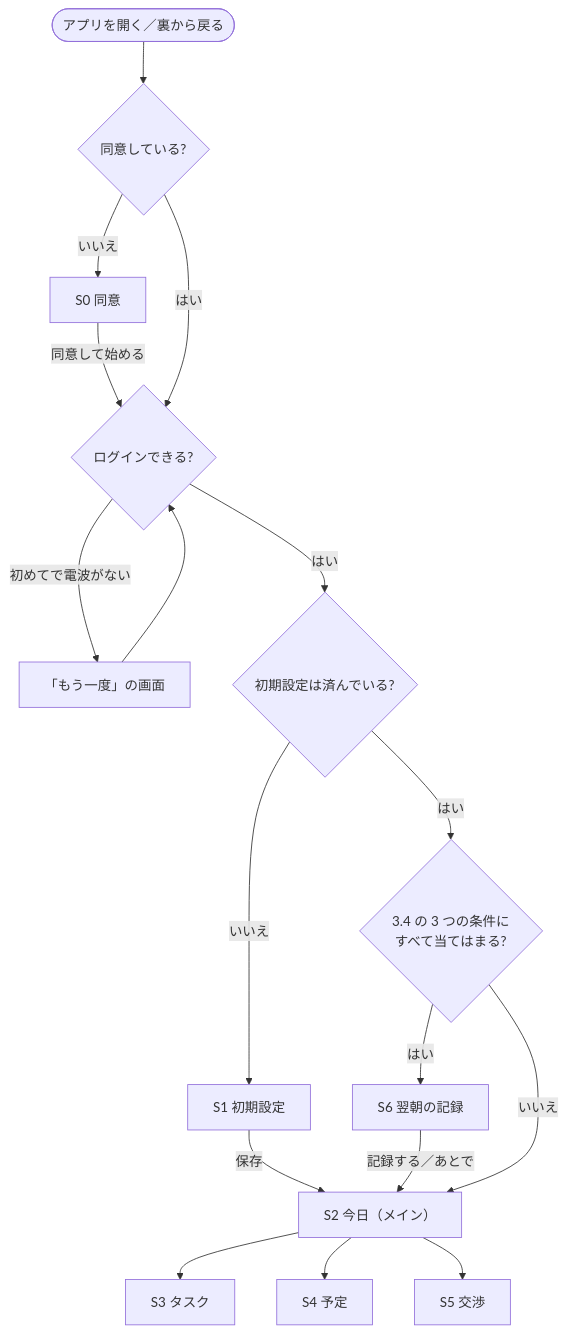
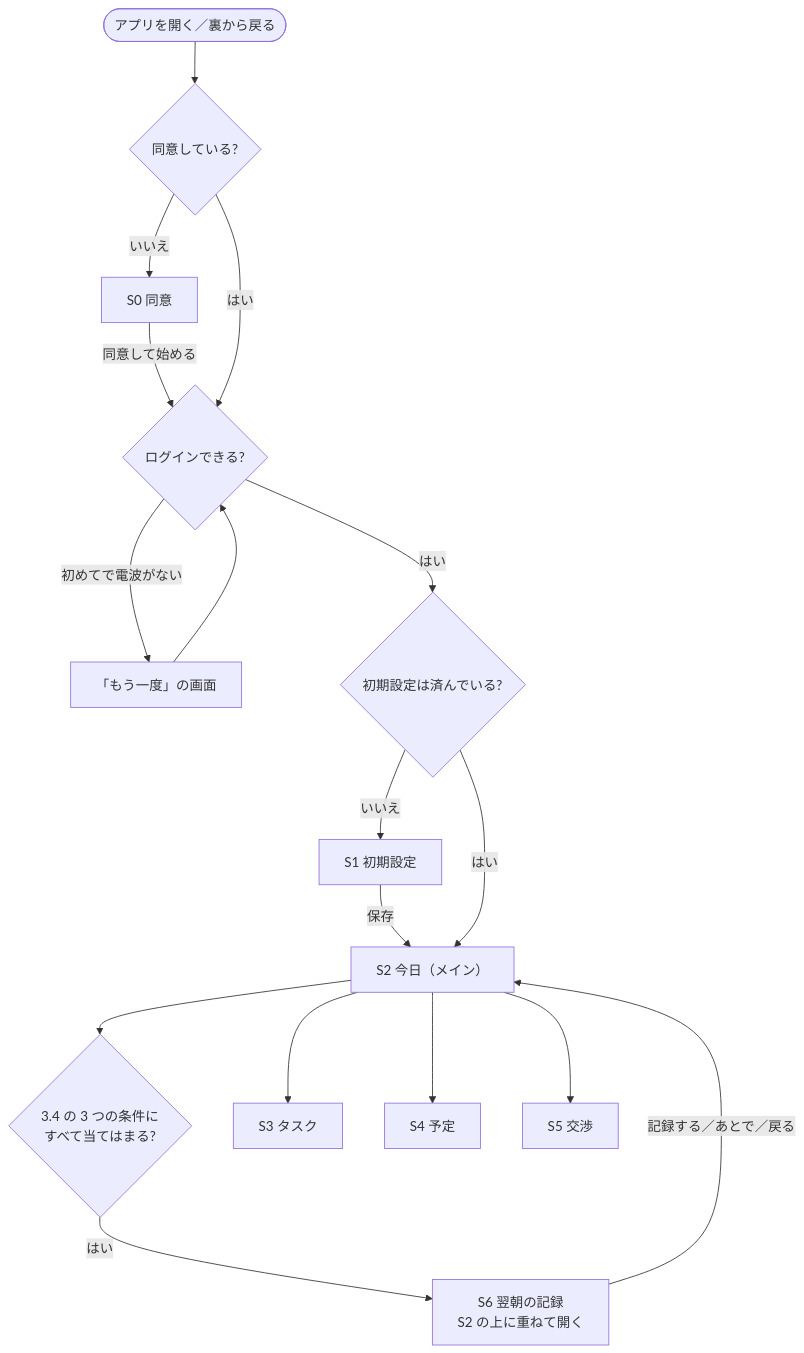
One commit to SoichiroUeda/Zunda-Inc. changed the diagram in beta_spec.md. Above: the diagram before and after it, drawn with Mermaid. The commit also changed other lines of this file and 2 other files, not shown here.

````diff
--- a/beta_spec.md
+++ b/beta_spec.md
@@ -385,19 +421,19 @@
 ```mermaid
 flowchart TD
     Start([アプリを開く／裏から戻る]) --> C{同意している?}
     C -- いいえ --> S0[S0 同意]
     S0 -- 同意して始める --> L
     C -- はい --> L{ログインできる?}
     L -- 初めてで電波がない --> R[「もう一度」の画面]
     R --> L
     L -- はい --> Q{初期設定は済んでいる?}
     Q -- いいえ --> S1[S1 初期設定]
     S1 -- 保存 --> S2
-    Q -- はい --> M{3.4 の 3 つの条件に<br>すべて当てはまる?}
-    M -- はい --> S6[S6 翌朝の記録]
-    S6 -- 記録する／あとで --> S2
-    M -- いいえ --> S2[S2 今日（メイン）]
+    Q -- はい --> S2[S2 今日（メイン）]
+    S2 --> M{3.4 の 3 つの条件に<br>すべて当てはまる?}
+    M -- はい --> S6[S6 翌朝の記録<br>S2 の上に重ねて開く]
+    S6 -- 記録する／あとで／戻る --> S2
     S2 --> S3[S3 タスク]
     S2 --> S4[S4 予定]
     S2 --> S5[S5 交渉]
 ```
````
